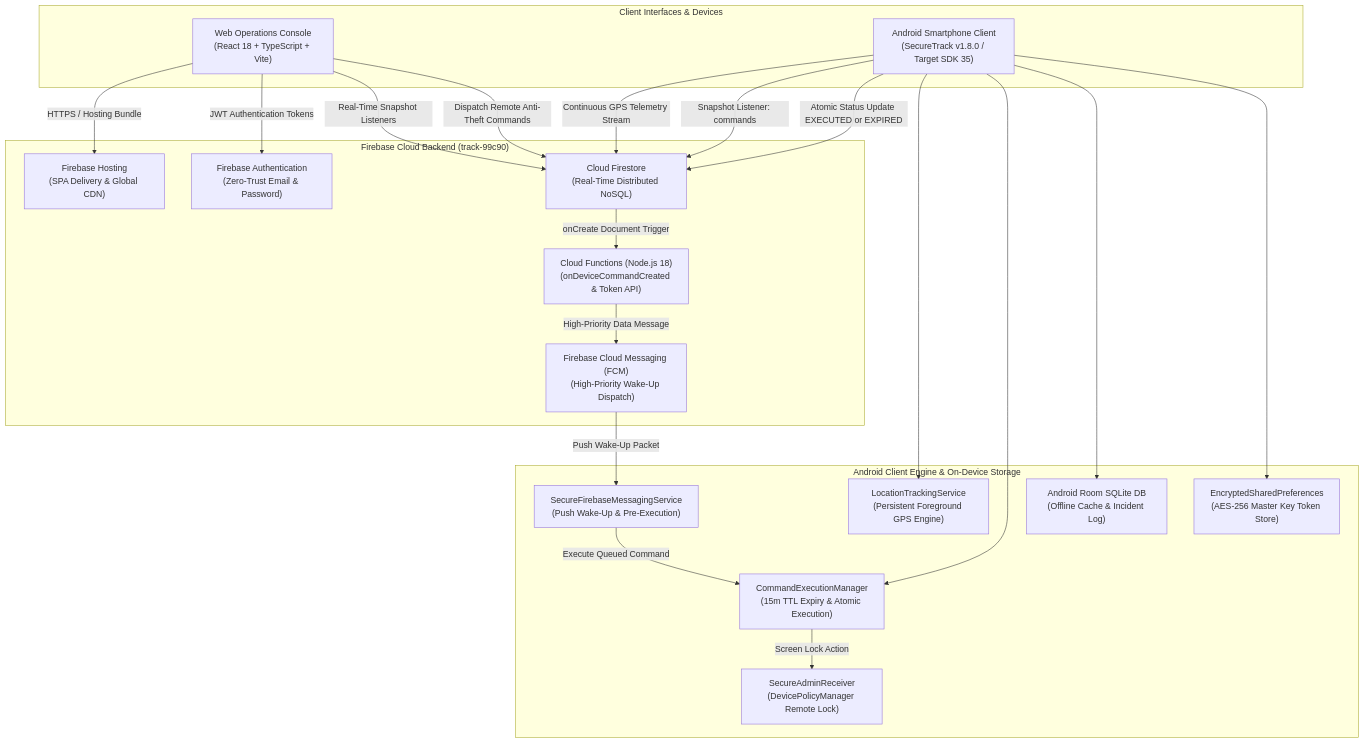
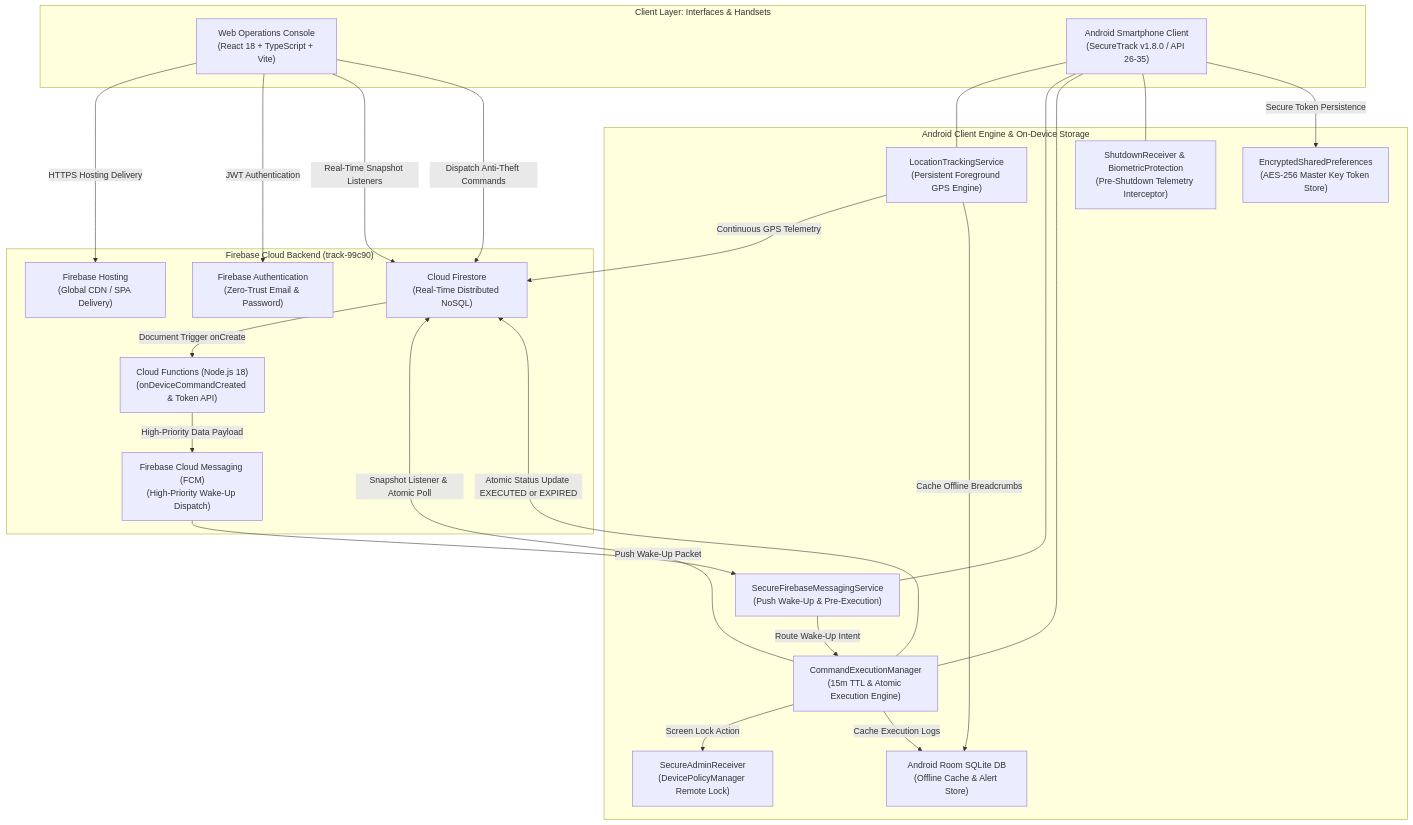
Before and after one commit to dhanushs602848/SecureTrack: the first of 3 diagrams in README.md, drawn with Mermaid. The commit also changed 2 other files, not shown here.

Commit message:
docs: modernize and standardize system architecture flowchart across documentation

````diff
--- a/README.md
+++ b/README.md
@@ -114,44 +114,52 @@
 ```mermaid
-graph TD
-    subgraph ClientLayer ["Client Interfaces & Devices"]
+flowchart TD
+    subgraph ClientLayer ["Client Layer: Interfaces & Handsets"]
         Browser["Web Operations Console<br/>(React 18 + TypeScript + Vite)"]
-        Phone["Android Smartphone Client<br/>(SecureTrack v1.8.0 / Target SDK 35)"]
+        Phone["Android Smartphone Client<br/>(SecureTrack v1.8.0 / API 26-35)"]
     end
 
     subgraph CloudLayer ["Firebase Cloud Backend (track-99c90)"]
-        Hosting["Firebase Hosting<br/>(SPA Delivery & Global CDN)"]
+        Hosting["Firebase Hosting<br/>(Global CDN / SPA Delivery)"]
         Auth["Firebase Authentication<br/>(Zero-Trust Email & Password)"]
         Firestore["Cloud Firestore<br/>(Real-Time Distributed NoSQL)"]
         CloudFunctions["Cloud Functions (Node.js 18)<br/>(onDeviceCommandCreated & Token API)"]
         FCM["Firebase Cloud Messaging (FCM)<br/>(High-Priority Wake-Up Dispatch)"]
     end
 
     subgraph AndroidInternal ["Android Client Engine & On-Device Storage"]
         ForegroundService["LocationTrackingService<br/>(Persistent Foreground GPS Engine)"]
         FCMService["SecureFirebaseMessagingService<br/>(Push Wake-Up & Pre-Execution)"]
-        CommandManager["CommandExecutionManager<br/>(15m TTL Expiry & Atomic Execution)"]
+        CommandManager["CommandExecutionManager<br/>(15m TTL & Atomic Execution Engine)"]
         AdminReceiver["SecureAdminReceiver<br/>(DevicePolicyManager Remote Lock)"]
-        RoomDB["Android Room SQLite DB<br/>(Offline Cache & Incident Log)"]
+        ShutdownReceiver["ShutdownReceiver & BiometricProtection<br/>(Pre-Shutdown Telemetry Interceptor)"]
+        RoomDB["Android Room SQLite DB<br/>(Offline Cache & Alert Store)"]
         EncryptedPrefs["EncryptedSharedPreferences<br/>(AES-256 Master Key Token Store)"]
     end
 
-    Browser -->|HTTPS / Hosting Bundle| Hosting
-    Browser -->|JWT Authentication Tokens| Auth
+    %% Web Console Connections
+    Browser -->|HTTPS Hosting Delivery| Hosting
+    Browser -->|JWT Authentication| Auth
     Browser -->|Real-Time Snapshot Listeners| Firestore
-    Browser -->|Dispatch Remote Anti-Theft Commands| Firestore
+    Browser -->|Dispatch Anti-Theft Commands| Firestore
 
-    Firestore -->|onCreate Document Trigger| CloudFunctions
-    CloudFunctions -->|High-Priority Data Message| FCM
+    %% Cloud Serverless Trigger Pipeline
+    Firestore -->|Document Trigger onCreate| CloudFunctions
+    CloudFunctions -->|High-Priority Data Payload| FCM
     FCM -->|Push Wake-Up Packet| FCMService
-    FCMService -->|Execute Queued Command| CommandManager
 
-    Phone -->|Continuous GPS Telemetry Stream| Firestore
-    Phone -->|Snapshot Listener: commands| Firestore
-    Phone -->|Atomic Status Update EXECUTED or EXPIRED| Firestore
+    %% Android Internal Processing & Telemetry
+    FCMService -->|Route Wake-Up Intent| CommandManager
+    ForegroundService -->|Continuous GPS Telemetry| Firestore
+    CommandManager -->|Snapshot Listener & Atomic Poll| Firestore
+    CommandManager -->|Atomic Status Update EXECUTED or EXPIRED| Firestore
+    CommandManager -->|Screen Lock Action| AdminReceiver
 
-    Phone --> ForegroundService
-    Phone --> CommandManager
-    CommandManager -->|Screen Lock Action| AdminReceiver
-    Phone --> RoomDB
-    Phone --> EncryptedPrefs
+    %% Android Device & Local Persistence
+    Phone --- ForegroundService
+    Phone --- FCMService
+    Phone --- CommandManager
+    Phone --- ShutdownReceiver
+    ForegroundService -->|Cache Offline Breadcrumbs| RoomDB
+    CommandManager -->|Cache Execution Logs| RoomDB
+    Phone -->|Secure Token Persistence| EncryptedPrefs
 ```
````
